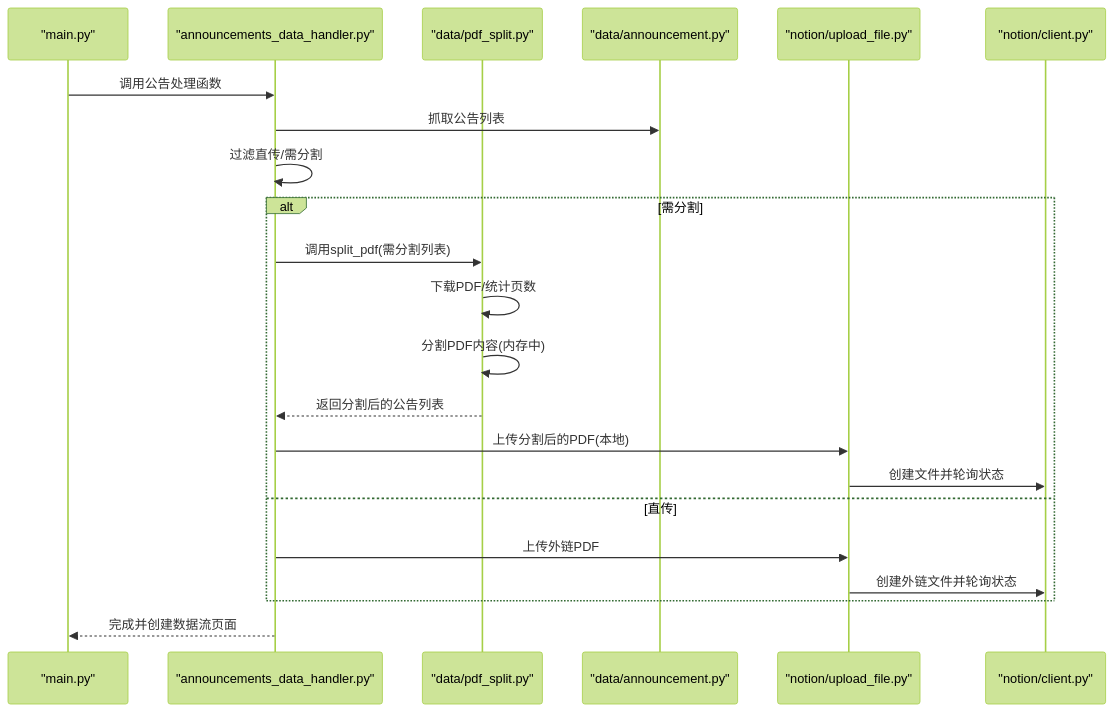
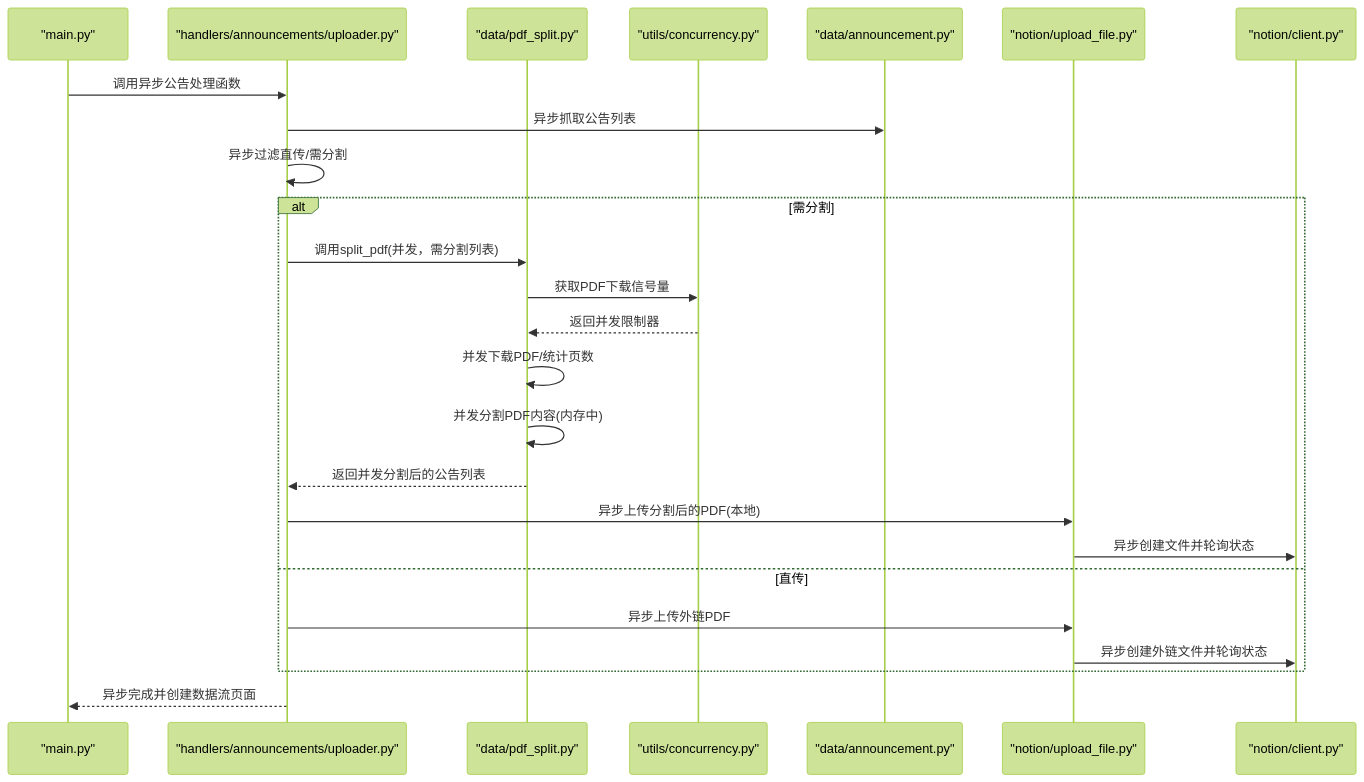
One commit to iverwong/DataLife changed the second of 6 diagrams in .qoder/repowiki/zh/content/核心模块详解/PDF文件处理模块.md. Above: the diagram before and after it, drawn with Mermaid (forest theme). The commit also changed other lines of this file and 14 other files, not shown here.

````diff
--- a/.qoder/repowiki/zh/content/核心模块详解/PDF文件处理模块.md
+++ b/.qoder/repowiki/zh/content/核心模块详解/PDF文件处理模块.md
@@ -76,24 +96,27 @@
 ```mermaid
 sequenceDiagram
 participant Main as "main.py"
-participant Handler as "announcements_data_handler.py"
+participant Handler as "handlers/announcements/uploader.py"
 participant Split as "data/pdf_split.py"
+participant Utils as "utils/concurrency.py"
 participant Ann as "data/announcement.py"
 participant Upload as "notion/upload_file.py"
 participant Notion as "notion/client.py"
-Main->>Handler : 调用公告处理函数
-Handler->>Ann : 抓取公告列表
-Handler->>Handler : 过滤直传/需分割
+Main->>Handler : 调用异步公告处理函数
+Handler->>Ann : 异步抓取公告列表
+Handler->>Handler : 异步过滤直传/需分割
 alt 需分割
-Handler->>Split : 调用split_pdf(需分割列表)
-Split->>Split : 下载PDF/统计页数
-Split->>Split : 分割PDF内容(内存中)
-Split-->>Handler : 返回分割后的公告列表
-Handler->>Upload : 上传分割后的PDF(本地)
-Upload->>Notion : 创建文件并轮询状态
+Handler->>Split : 调用split_pdf(并发，需分割列表)
+Split->>Utils : 获取PDF下载信号量
+Utils-->>Split : 返回并发限制器
+Split->>Split : 并发下载PDF/统计页数
+Split->>Split : 并发分割PDF内容(内存中)
+Split-->>Handler : 返回并发分割后的公告列表
+Handler->>Upload : 异步上传分割后的PDF(本地)
+Upload->>Notion : 异步创建文件并轮询状态
 else 直传
-Handler->>Upload : 上传外链PDF
-Upload->>Notion : 创建外链文件并轮询状态
+Handler->>Upload : 异步上传外链PDF
+Upload->>Notion : 异步创建外链文件并轮询状态
 end
-Handler-->>Main : 完成并创建数据流页面
+Handler-->>Main : 异步完成并创建数据流页面
 ```
````
